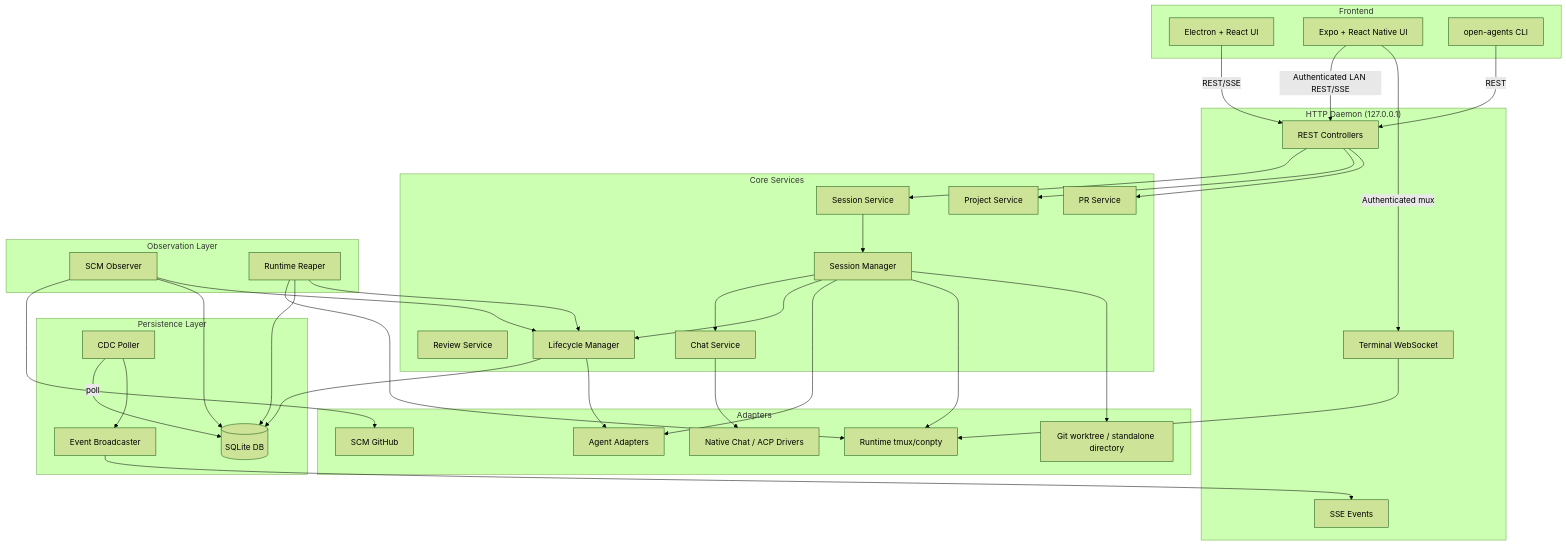
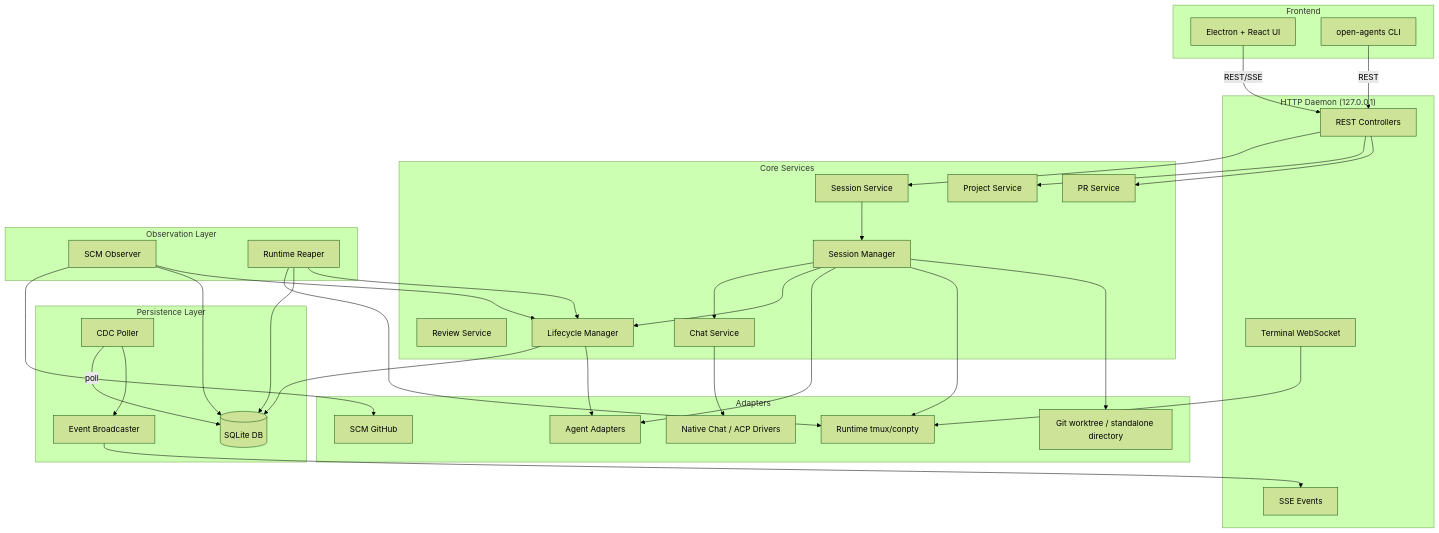
The second of 24 diagrams in docs/architecture.md (sudo-adduser-jordan/openagents), drawn with Mermaid (forest theme) before and after one commit. The commit also changed other lines of this file and 580 other files, not shown here.

````diff
--- a/docs/architecture.md
+++ b/docs/architecture.md
@@ -53,77 +53,74 @@
 ```mermaid
 graph TB
     subgraph Frontend
         FE[Electron + React UI]
-        Mobile[Expo + React Native UI]
         CLI[open-agents CLI]
     end
 
     subgraph HTTP["HTTP Daemon (127.0.0.1)"]
         Controllers[REST Controllers]
         SSE[SSE Events]
         Terminal[Terminal WebSocket]
     end
 
     subgraph Core["Core Services"]
         SessionSvc[Session Service]
         ProjectSvc[Project Service]
         PRSvc[PR Service]
         ReviewSvc[Review Service]
         SessionMgr[Session Manager]
         ChatSvc[Chat Service]
         LCM[Lifecycle Manager]
     end
 
     subgraph Observe["Observation Layer"]
         SCMObserver[SCM Observer]
         Reaper[Runtime Reaper]
     end
 
     subgraph Storage["Persistence Layer"]
         SQLite[(SQLite DB)]
         CDC[CDC Poller]
         Broadcaster[Event Broadcaster]
     end
 
     subgraph Adapters["Adapters"]
         AgentAdapter[Agent Adapters]
         RuntimeAdapter[Runtime tmux/conpty]
         ChatDriver[Native Chat / ACP Drivers]
         WorkspaceAdapter[Git worktree / standalone directory]
         SCMAdapter[SCM GitHub]
     end
 
     FE -->|REST/SSE| Controllers
-    Mobile -->|Authenticated LAN REST/SSE| Controllers
-    Mobile -->|Authenticated mux| Terminal
     CLI -->|REST| Controllers
     Controllers --> SessionSvc
     Controllers --> ProjectSvc
     Controllers --> PRSvc
 
     SessionSvc --> SessionMgr
     SessionMgr --> ChatSvc
     SessionMgr --> LCM
     SessionMgr --> AgentAdapter
     SessionMgr --> RuntimeAdapter
     SessionMgr --> WorkspaceAdapter
     ChatSvc --> ChatDriver
 
     LCM --> SQLite
     LCM --> AgentAdapter
 
     SCMObserver --> SCMAdapter
     SCMObserver --> SQLite
     SCMObserver --> LCM
 
     Reaper --> RuntimeAdapter
     Reaper --> SQLite
     Reaper --> LCM
 
     CDC -->|poll| SQLite
     CDC --> Broadcaster
     Broadcaster --> SSE
 
     Terminal --> RuntimeAdapter
 
 ```
````
